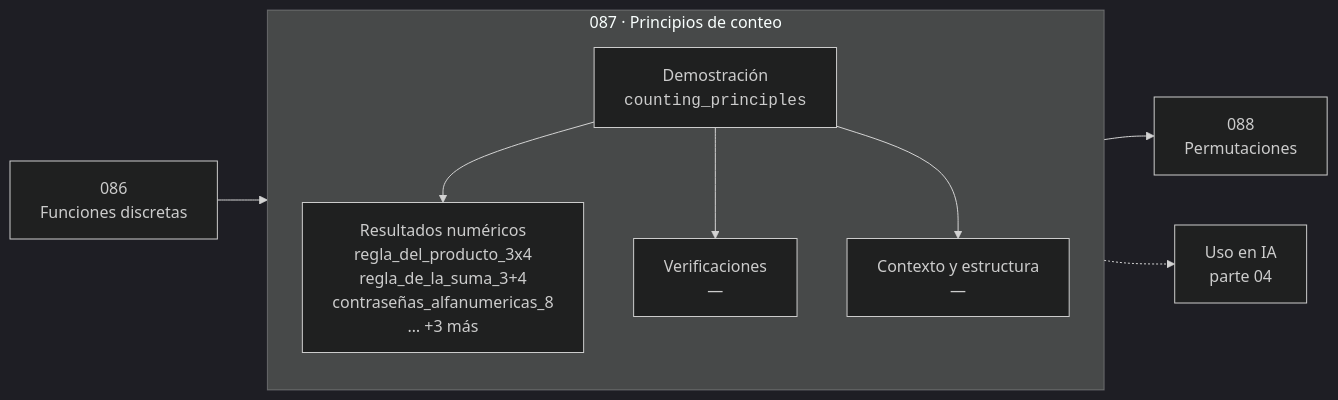
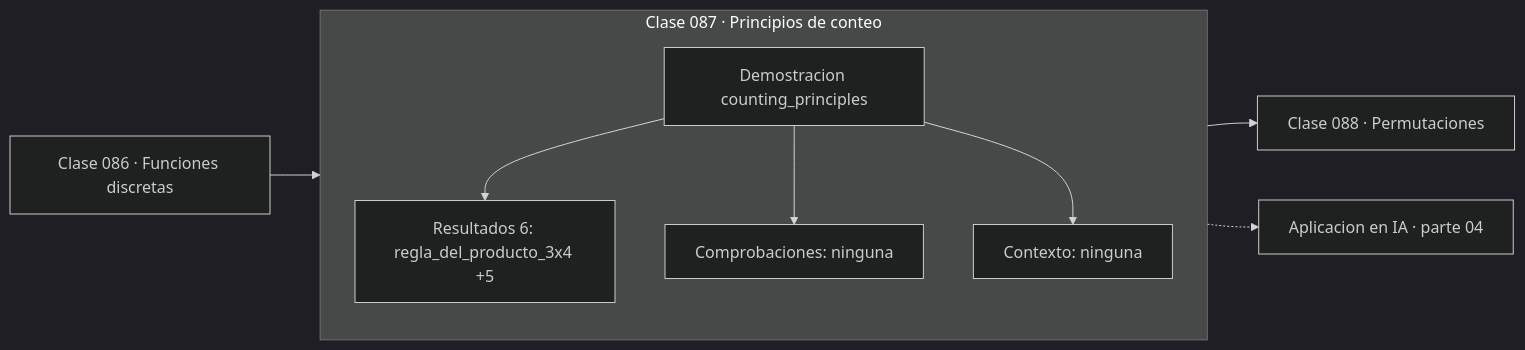
The diagram in classes/part-04-matematica-discreta-para-computacion/087-principios-de-conteo/README.md (vladimiracunadev-create/computational-mathematics-program), drawn with Mermaid (dark theme) before and after one commit. The commit also changed other lines of this file and 389 other files, not shown here.

First line of the commit message:
fix(diagramas): elimina el HTML de las etiquetas Mermaid

````diff
--- a/classes/part-04-matematica-discreta-para-computacion/087-principios-de-conteo/README.md
+++ b/classes/part-04-matematica-discreta-para-computacion/087-principios-de-conteo/README.md
@@ -30,12 +36,13 @@
 ```mermaid
 flowchart LR
-    P["086<br/>Funciones discretas"] --> C
-    subgraph C["087 · Principios de conteo"]
+    P["Clase 086 · Funciones discretas"] --> D
+    subgraph CLASE["Clase 087 · Principios de conteo"]
         direction TB
-        D["Demostración<br/><code>counting_principles</code>"] --> R["Resultados numéricos<br/>regla_del_producto_3x4<br/>regla_de_la_suma_3+4<br/>contraseñas_alfanumericas_8<br/>… +3 más"]
-        D --> V["Verificaciones<br/>—"]
-        D --> O["Contexto y estructura<br/>—"]
+        D["Demostracion counting_principles"]
+        D --> R["Resultados 6: regla_del_producto_3x4 +5"]
+        D --> V["Comprobaciones: ninguna"]
+        D --> O["Contexto: ninguna"]
     end
-    C --> N["088<br/>Permutaciones"]
-    C -.-> IA["Uso en IA<br/>parte 04"]
+    R --> N["Clase 088 · Permutaciones"]
+    V -.-> IA["Aplicacion en IA · parte 04"]
 ```
````
